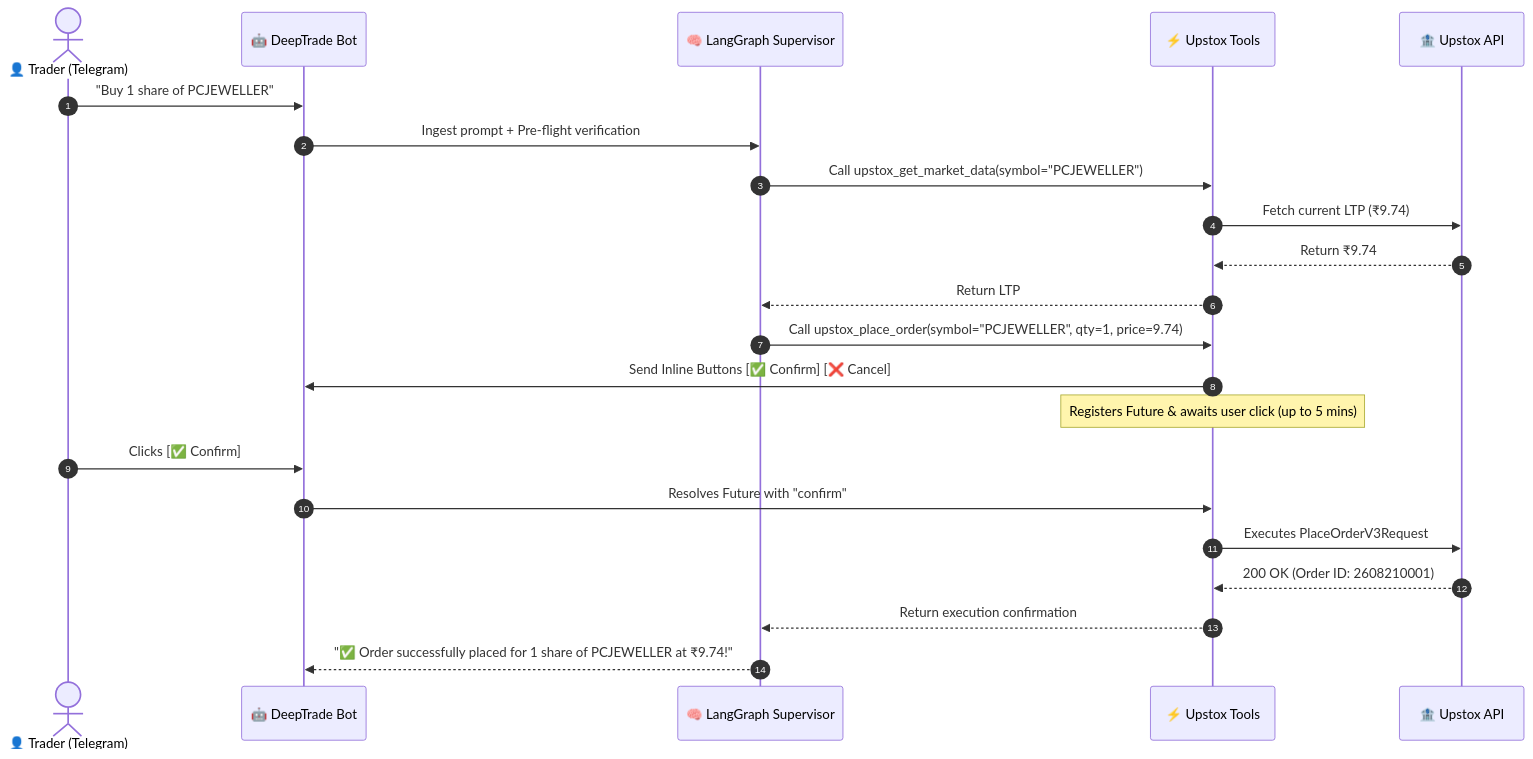
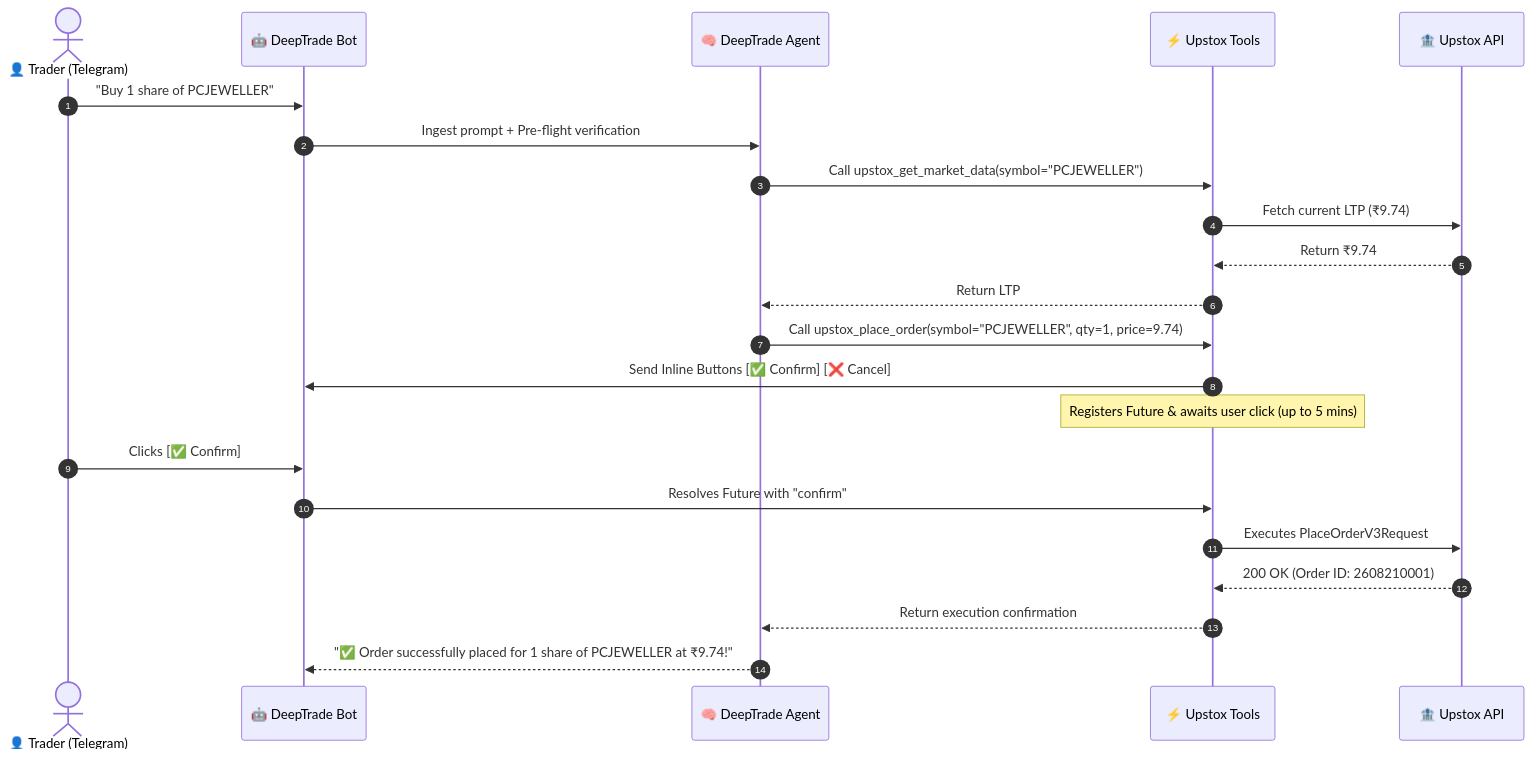
One commit to Anshu666666/deepTrade changed the second of 2 diagrams in README.md. Above: the diagram before and after it, drawn with Mermaid. The commit also changed other lines of this file and 2 other files, not shown here.

Commit message:
docs: clarify single DeepAgent architecture with progressive skills and unified tools

````diff
--- a/README.md
+++ b/README.md
@@ -75,25 +74,25 @@
 ```mermaid
 sequenceDiagram
     autonumber
     actor User as 👤 Trader (Telegram)
     participant TG as 🤖 DeepTrade Bot
-    participant LLM as 🧠 LangGraph Supervisor
+    participant Agent as 🧠 DeepTrade Agent
     participant Tool as ⚡ Upstox Tools
     participant API as 🏦 Upstox API
 
     User->>TG: "Buy 1 share of PCJEWELLER"
-    TG->>LLM: Ingest prompt + Pre-flight verification
-    LLM->>Tool: Call upstox_get_market_data(symbol="PCJEWELLER")
+    TG->>Agent: Ingest prompt + Pre-flight verification
+    Agent->>Tool: Call upstox_get_market_data(symbol="PCJEWELLER")
     Tool->>API: Fetch current LTP (₹9.74)
     API-->>Tool: Return ₹9.74
-    Tool-->>LLM: Return LTP
-    LLM->>Tool: Call upstox_place_order(symbol="PCJEWELLER", qty=1, price=9.74)
+    Tool-->>Agent: Return LTP
+    Agent->>Tool: Call upstox_place_order(symbol="PCJEWELLER", qty=1, price=9.74)
     Tool->>TG: Send Inline Buttons [✅ Confirm] [❌ Cancel]
     Note over Tool: Registers Future & awaits user click (up to 5 mins)
     User->>TG: Clicks [✅ Confirm]
     TG->>Tool: Resolves Future with "confirm"
     Tool->>API: Executes PlaceOrderV3Request
     API-->>Tool: 200 OK (Order ID: 2608210001)
-    Tool-->>LLM: Return execution confirmation
-    LLM-->>TG: "✅ Order successfully placed for 1 share of PCJEWELLER at ₹9.74!"
+    Tool-->>Agent: Return execution confirmation
+    Agent-->>TG: "✅ Order successfully placed for 1 share of PCJEWELLER at ₹9.74!"
 ```
````
